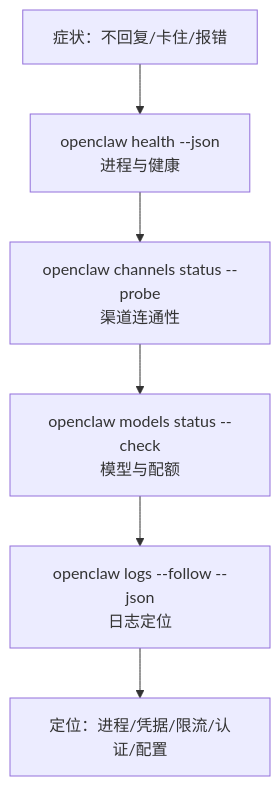
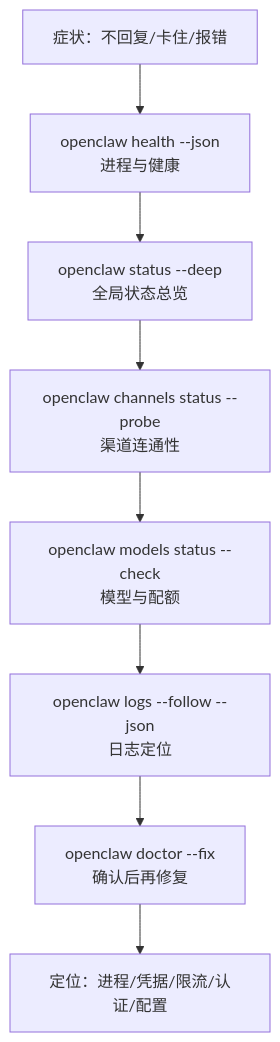
Before and after one commit to yeasy/openclaw_guide: the diagram in 03_minimal_loop/3.2_diagnostics.md, drawn with Mermaid. The commit also changed other lines of this file and 22 other files, not shown here.

````diff
--- a/03_minimal_loop/3.2_diagnostics.md
+++ b/03_minimal_loop/3.2_diagnostics.md
@@ -18,8 +20,10 @@
 ```mermaid
 flowchart TD
     Start["症状：不回复/卡住/报错"] --> S1["openclaw health --json<br/>进程与健康"]
-    S1 --> S2["openclaw channels status --probe<br/>渠道连通性"]
+    S1 --> S1a["openclaw status --deep<br/>全局状态总览"]
+    S1a --> S2["openclaw channels status --probe<br/>渠道连通性"]
     S2 --> S3["openclaw models status --check<br/>模型与配额"]
     S3 --> S4["openclaw logs --follow --json<br/>日志定位"]
-    S4 --> End["定位：进程/凭据/限流/认证/配置"]
+    S4 --> Fix["openclaw doctor --fix<br/>确认后再修复"]
+    Fix --> End["定位：进程/凭据/限流/认证/配置"]
 ```
````
